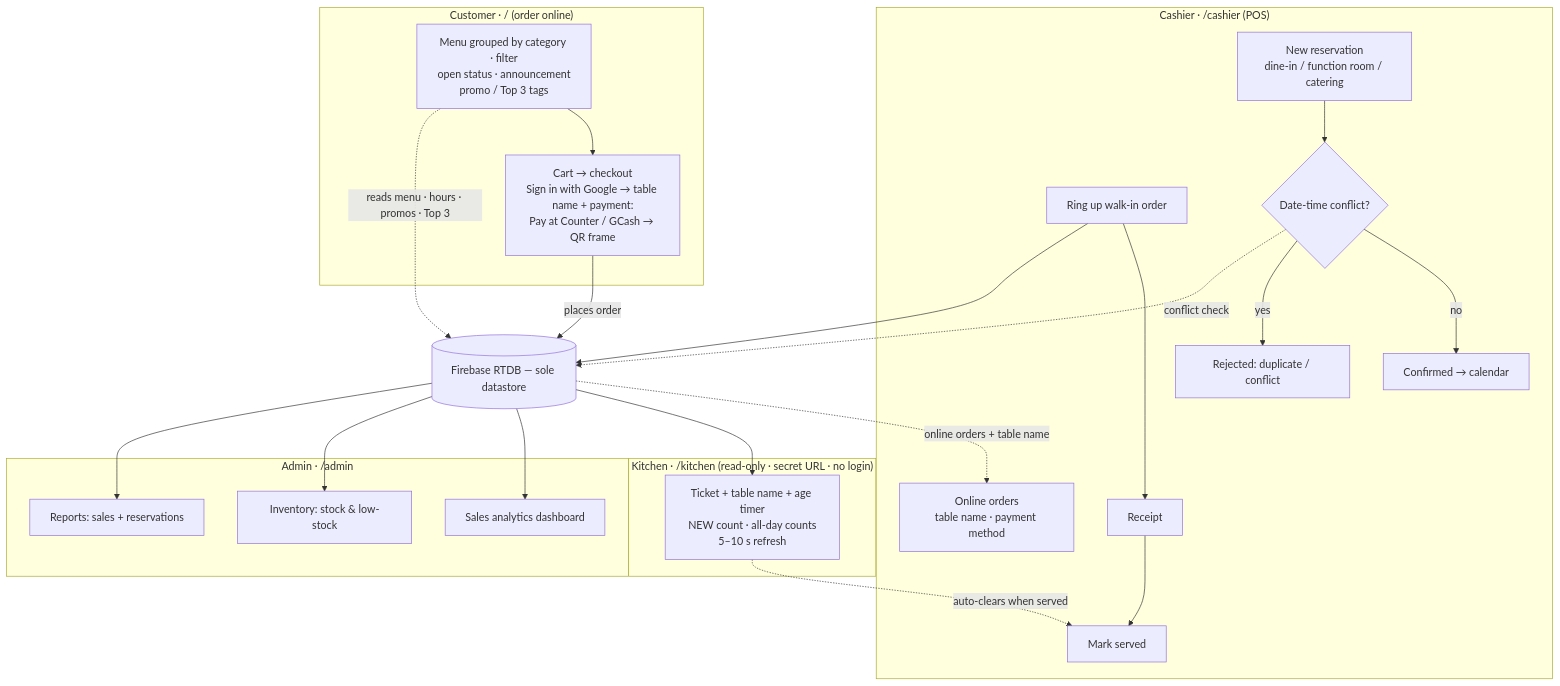
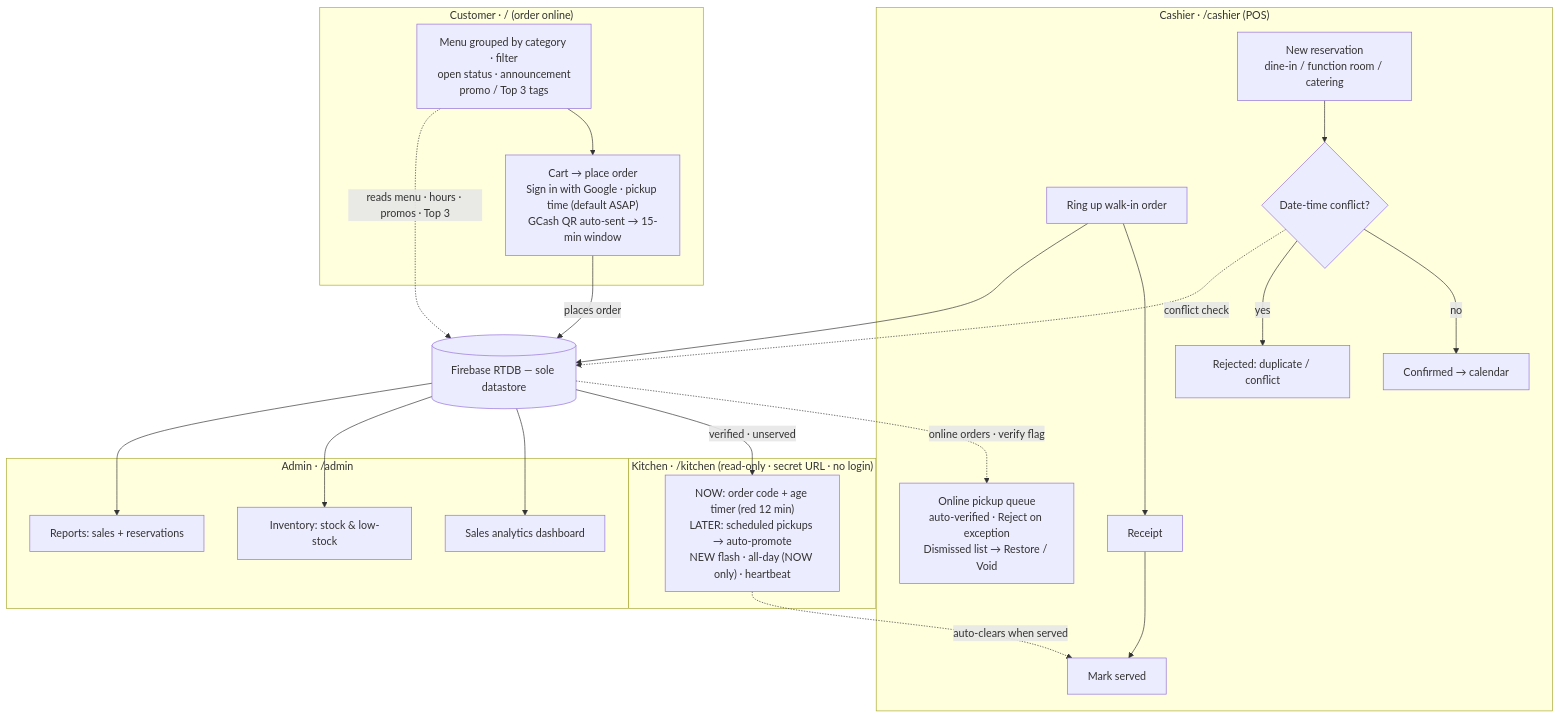
One commit to S1NXIAN/CRNP changed the diagram in docs/PLAN.md. Above: the diagram before and after it, drawn with Mermaid. The commit also changed other lines of this file and 3 other files, not shown here.

First line of the commit message:
docs(plan): redesign checkout as pickup GCash flow

````diff
--- a/docs/PLAN.md
+++ b/docs/PLAN.md
@@ -38,37 +48,37 @@
 ```mermaid
 flowchart TD
   DB[("Firebase RTDB — sole datastore")]
 
   subgraph CU["Customer · / (order online)"]
-    C1["Menu grouped by category · filter<br/>open status · announcement<br/>promo / Top 3 tags"] --> C2["Cart → checkout<br/>Sign in with Google → table name + payment:<br/>Pay at Counter / GCash → QR frame"]
+    C1["Menu grouped by category · filter<br/>open status · announcement<br/>promo / Top 3 tags"] --> C2["Cart → place order<br/>Sign in with Google · pickup time (default ASAP)<br/>GCash QR auto-sent → 15-min window"]
   end
 
   subgraph CA["Cashier · /cashier (POS)"]
-    O1["Online orders<br/>table name · payment method"]
+    O1["Online pickup queue<br/>auto-verified · Reject on exception<br/>Dismissed list → Restore / Void"]
     P1["Ring up walk-in order"] --> P2["Receipt"] --> P3["Mark served"]
     R1["New reservation<br/>dine-in / function room / catering"] --> R2{"Date-time conflict?"}
     R2 -->|"no"| R3["Confirmed → calendar"]
     R2 -->|"yes"| R4["Rejected: duplicate / conflict"]
   end
 
   subgraph KI["Kitchen · /kitchen (read-only · secret URL · no login)"]
-    K1["Ticket + table name + age timer<br/>NEW count · all-day counts<br/>5–10 s refresh"]
+    K1["NOW: order code + age timer (red 12 min)<br/>LATER: scheduled pickups → auto-promote<br/>NEW flash · all-day (NOW only) · heartbeat"]
   end
 
   subgraph AD["Admin · /admin"]
     A1["Sales analytics dashboard"]
     A2["Inventory: stock & low-stock"]
     A3["Reports: sales + reservations"]
   end
 
   C1 -.->|"reads menu · hours · promos · Top 3"| DB
   C2 -->|"places order"| DB
-  DB -.->|"online orders + table name"| O1
+  DB -.->|"online orders · verify flag"| O1
   P1 --> DB
   R2 -.->|"conflict check"| DB
-  DB --> K1
+  DB -->|"verified · unserved"| K1
   K1 -.->|"auto-clears when served"| P3
   DB --> A1
   DB --> A2
   DB --> A3
 ```
````
